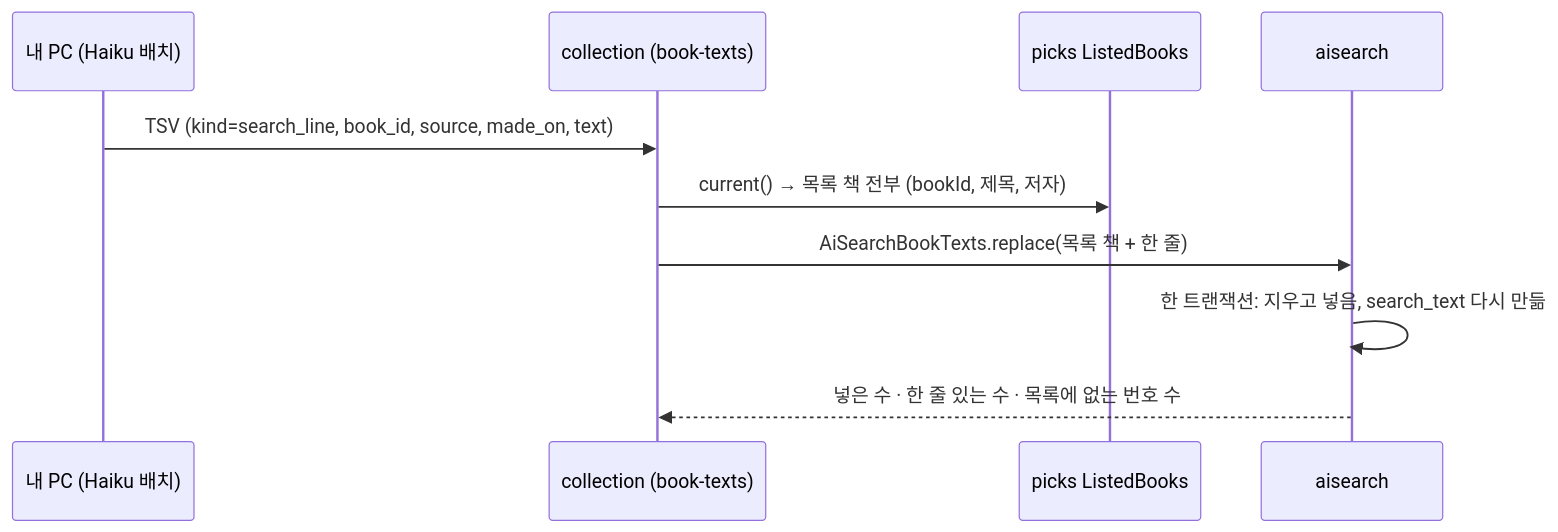
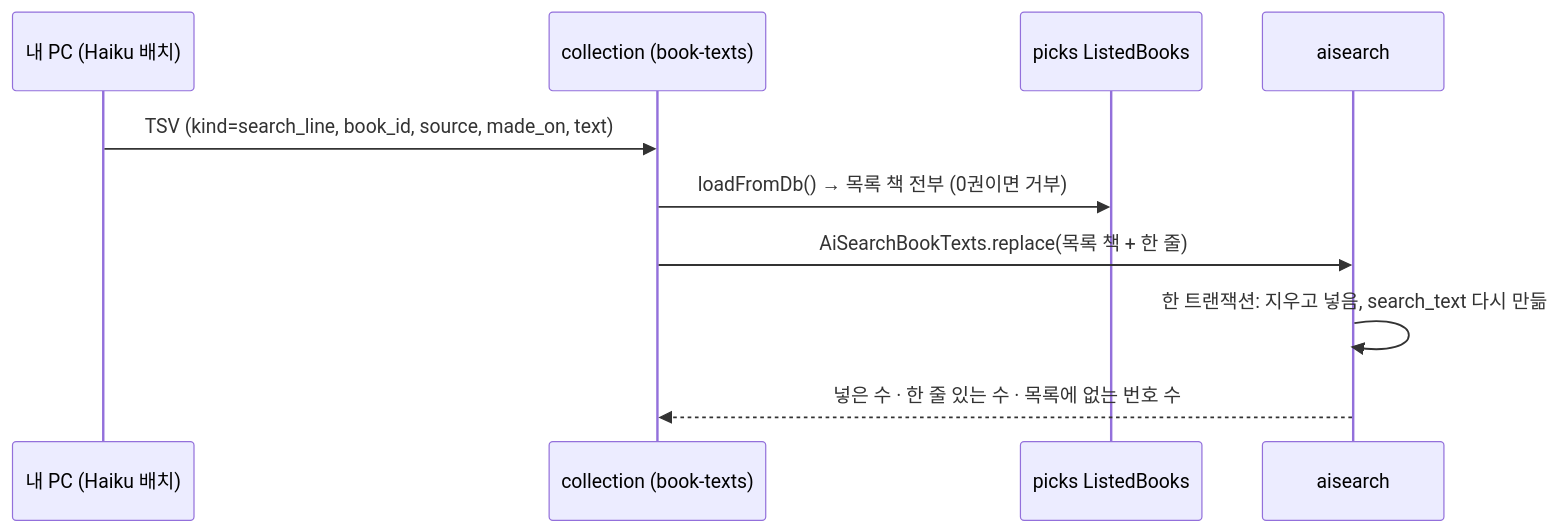
Before and after one commit to hodu-sketch/chaekcheck-plan: the fourth of 7 diagrams in docs/cycles/24-ai-book-search/design-delta.md, drawn with Mermaid. The commit also changed other lines of this file and 8 other files, not shown here.

````diff
--- a/docs/cycles/24-ai-book-search/design-delta.md
+++ b/docs/cycles/24-ai-book-search/design-delta.md
@@ -110,12 +110,12 @@
 ```mermaid
 sequenceDiagram
   participant PC as 내 PC (Haiku 배치)
   participant C as collection (book-texts)
   participant P as picks ListedBooks
   participant A as aisearch
   PC->>C: TSV (kind=search_line, book_id, source, made_on, text)
-  C->>P: current() → 목록 책 전부 (bookId, 제목, 저자)
+  C->>P: loadFromDb() → 목록 책 전부 (0권이면 거부)
   C->>A: AiSearchBookTexts.replace(목록 책 + 한 줄)
   A->>A: 한 트랜잭션: 지우고 넣음, search_text 다시 만듦
   A-->>C: 넣은 수 · 한 줄 있는 수 · 목록에 없는 번호 수
 ```
````
